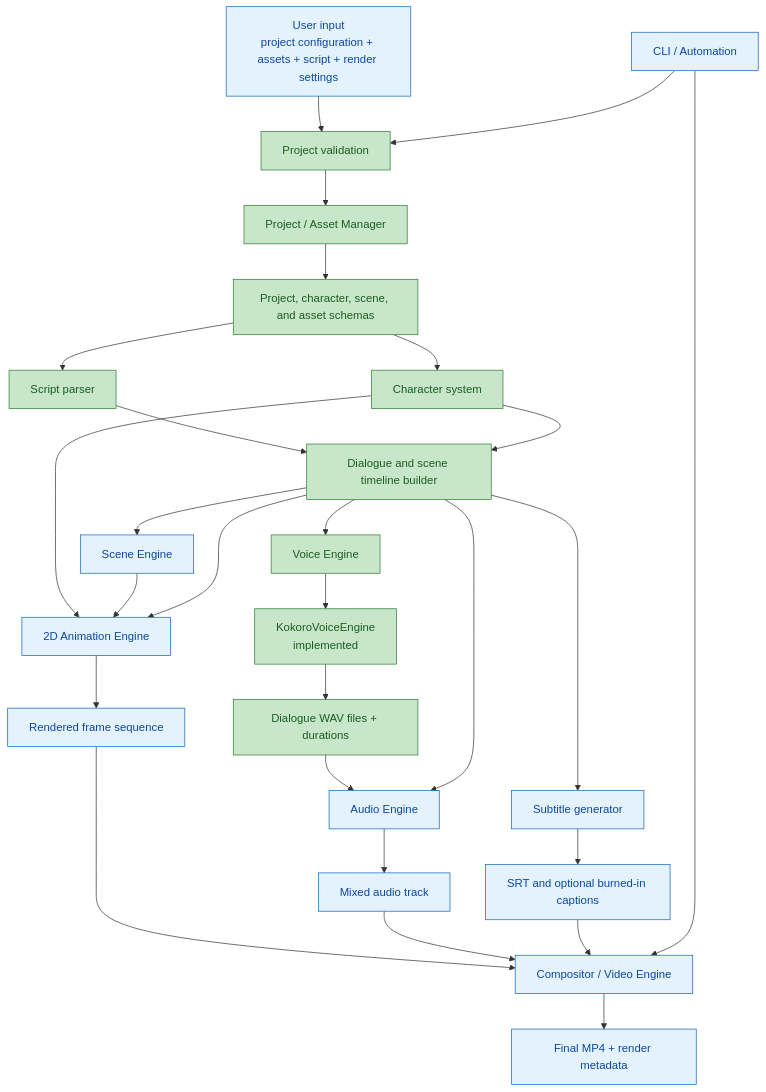
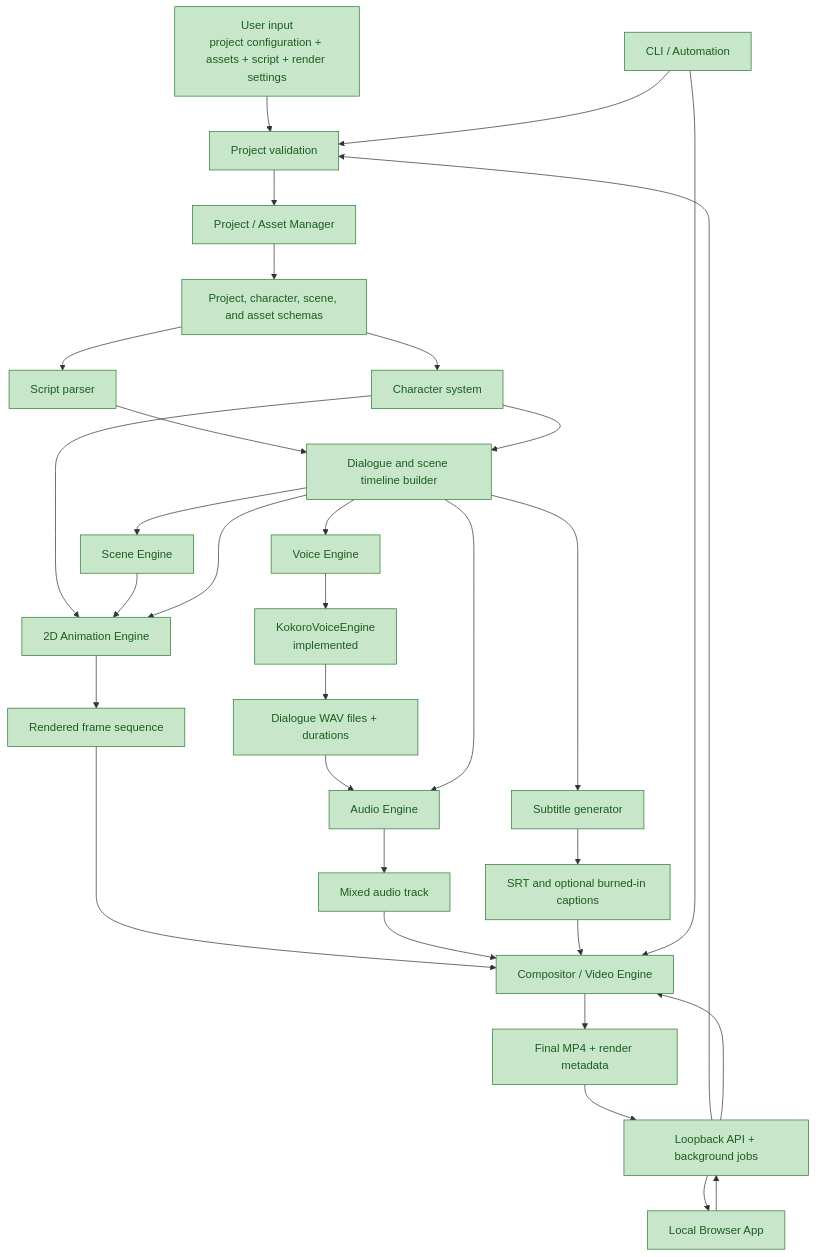
Before and after one commit to Mohammed-Aftab-Siddique/al-studio: the first of 5 diagrams in LLD.md, drawn with Mermaid. The commit also changed other lines of this file and 29 other files, not shown here.

Commit message:
feat: add complete local browser studio

````diff
--- a/LLD.md
+++ b/LLD.md
@@ -20,55 +19,61 @@
 ```mermaid
 flowchart TD
     input[User input<br/>project configuration + assets + script + render settings]
     validate[Project validation]
     manager[Project / Asset Manager]
     schema[Project, character, scene, and asset schemas]
     script[Script parser]
     timeline[Dialogue and scene timeline builder]
     character[Character system]
     voice[Voice Engine]
     kokoro[KokoroVoiceEngine<br/>implemented]
     audioLines[Dialogue WAV files + durations]
     scene[Scene Engine]
     animation[2D Animation Engine]
     frames[Rendered frame sequence]
     audio[Audio Engine]
     mix[Mixed audio track]
     captions[Subtitle generator]
     subtitles[SRT and optional burned-in captions]
     compositor[Compositor / Video Engine]
     mp4[Final MP4 + render metadata]
     cli[CLI / Automation]
+    web[Local Browser App]
+    api[Loopback API + background jobs]
 
     input --> validate
     validate --> manager
     manager --> schema
     schema --> script
     script --> timeline
     schema --> character
     character --> timeline
     timeline --> voice
     voice --> kokoro
     kokoro --> audioLines
     timeline --> scene
     character --> animation
     scene --> animation
     timeline --> animation
     animation --> frames
     audioLines --> audio
     timeline --> audio
     audio --> mix
     timeline --> captions
     captions --> subtitles
     frames --> compositor
     mix --> compositor
     subtitles --> compositor
     compositor --> mp4
     cli --> validate
     cli --> compositor
+    web --> api
+    api --> validate
+    api --> compositor
+    mp4 --> api
+    api --> web
 
     classDef implemented fill:#c8e6c9,stroke:#2e7d32,color:#1b5e20;
     classDef planned fill:#e3f2fd,stroke:#1565c0,color:#0d47a1;
-    class kokoro,validate,manager,schema,script,timeline,character,voice,audioLines implemented;
-    class input,scene,animation,frames,audio,mix,captions,subtitles,compositor,mp4,cli planned;
+    class kokoro,validate,manager,schema,script,timeline,character,voice,audioLines,input,scene,animation,frames,audio,mix,captions,subtitles,compositor,mp4,cli,web,api implemented;
 ```
````
